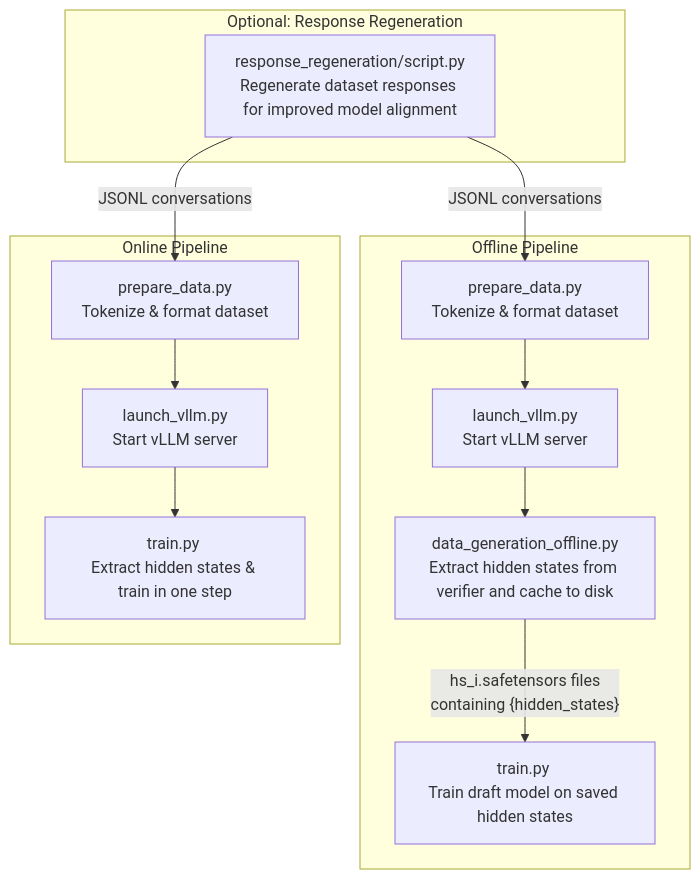
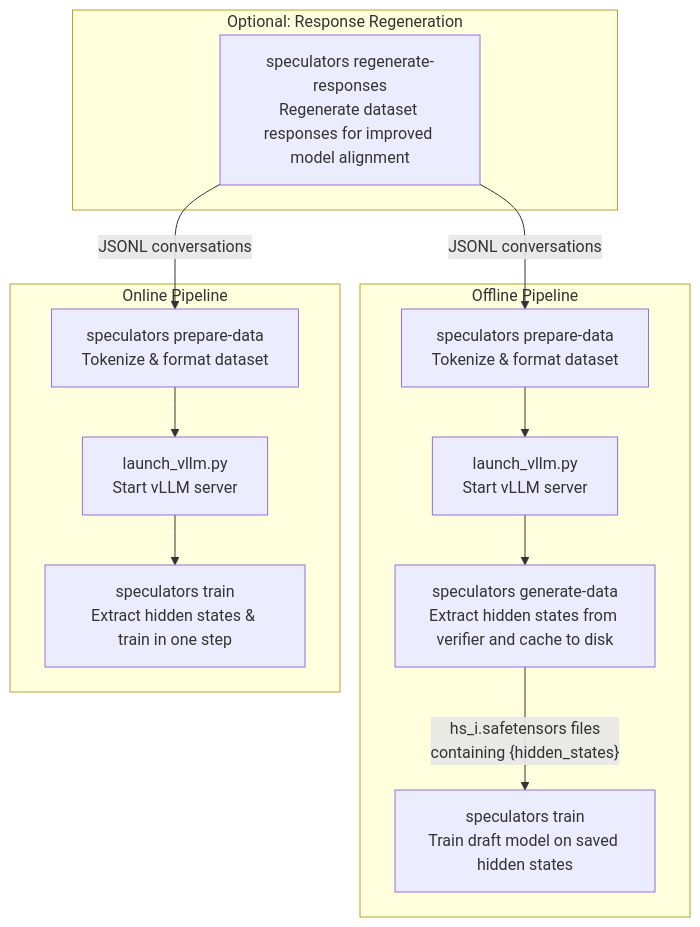
Before and after one commit to vllm-project/speculators: the diagram in docs/cli/index.md, drawn with Mermaid. The commit also changed other lines of this file and 5 other files, not shown here.

````diff
--- a/docs/cli/index.md
+++ b/docs/cli/index.md
@@ -21,33 +23,33 @@
 ```mermaid
 flowchart TD
     subgraph optional ["Optional: Response Regeneration"]
-        A["response_regeneration/script.py\nRegenerate dataset responses for improved model alignment"]
+        A["speculators regenerate-responses\nRegenerate dataset responses for improved model alignment"]
     end
 
     subgraph offline ["Offline Pipeline"]
-        B["prepare_data.py\nTokenize & format dataset"]
+        B["speculators prepare-data\nTokenize & format dataset"]
         C["launch_vllm.py\nStart vLLM server"]
-        D["data_generation_offline.py\nExtract hidden states from verifier and cache to disk"]
-        E["train.py \nTrain draft model on saved hidden states"]
+        D["speculators generate-data\nExtract hidden states from verifier and cache to disk"]
+        E["speculators train\nTrain draft model on saved hidden states"]
     end
 
     subgraph online ["Online Pipeline"]
-        F["prepare_data.py\nTokenize & format dataset"]
+        F["speculators prepare-data\nTokenize & format dataset"]
         G["launch_vllm.py\nStart vLLM server"]
-        H["train.py \nExtract hidden states & train in one step"]
+        H["speculators train\nExtract hidden states & train in one step"]
     end
 
     A -- "JSONL conversations" --> B
     A -- "JSONL conversations" --> F
     B --> C --> D -- "hs_i.safetensors files\ncontaining {hidden_states}" --> E
     F --> G --> H
 
     click B "prepare_data/" _self
     click F "prepare_data/" _self
     click C "launch_vllm/" _self
     click G "launch_vllm/" _self
     click D "data_generation_offline/" _self
     click E "train/" _self
     click A "response_regeneration/" _self
     click H "train/" _self
 ```
````
